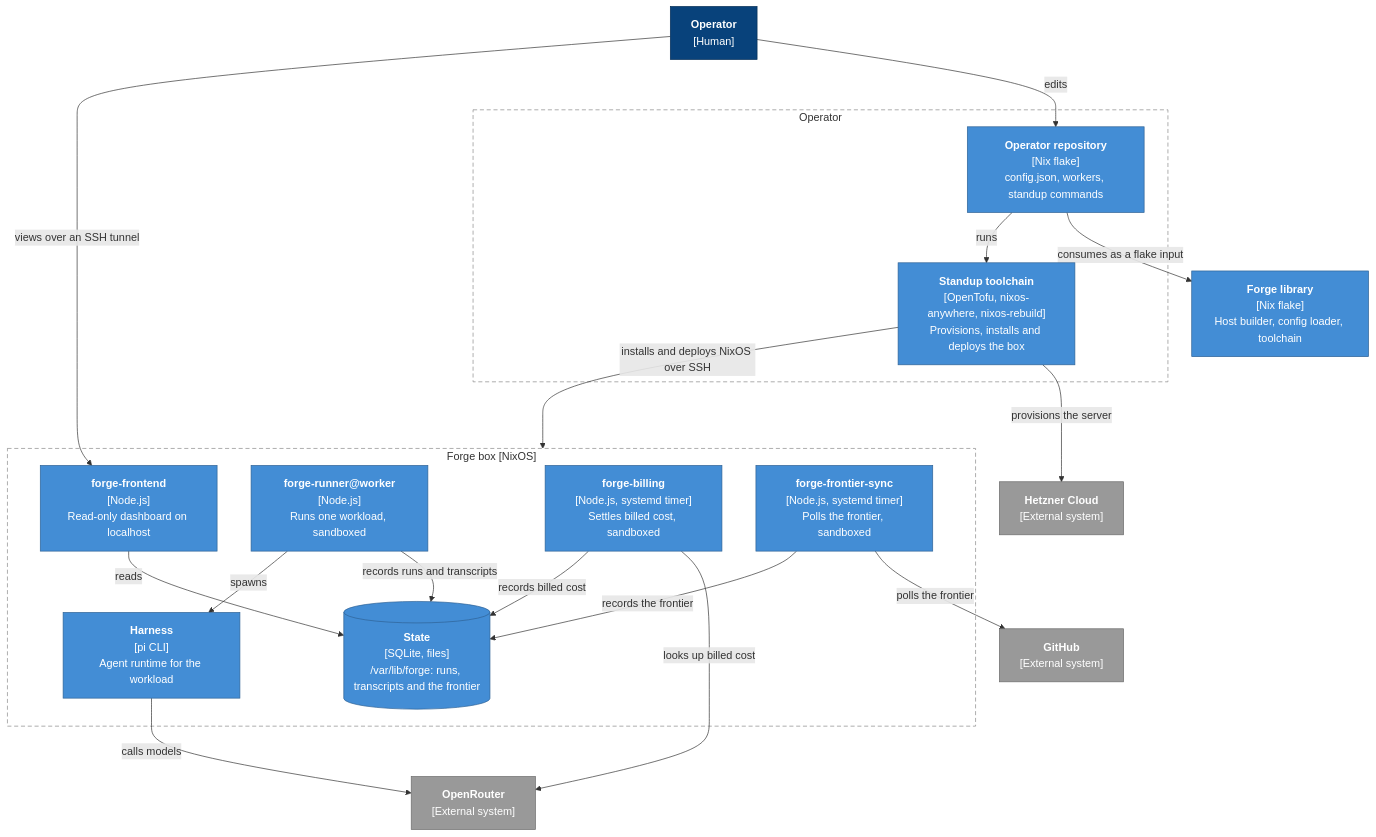
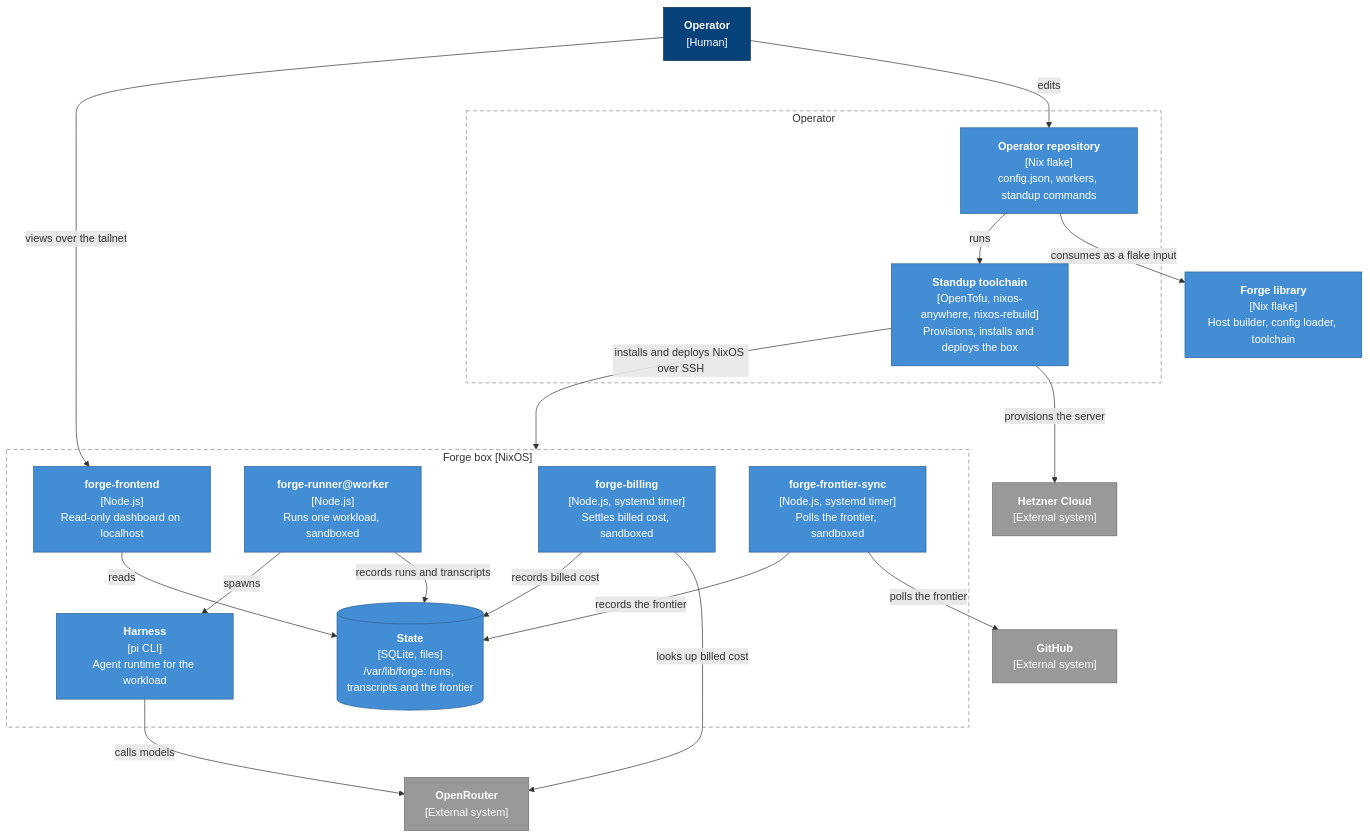
The second of 3 diagrams in README.md (rameezk/forge), drawn with Mermaid before and after one commit. The commit also changed other lines of this file and 6 other files, not shown here.

````diff
--- a/README.md
+++ b/README.md
@@ -49,47 +49,47 @@
 ```mermaid
 flowchart TB
     operator["<b>Operator</b><br/>[Human]"]
 
     subgraph workstation["Operator"]
         oprepo["<b>Operator repository</b><br/>[Nix flake]<br/>config.json, workers, standup commands"]
         toolchain["<b>Standup toolchain</b><br/>[OpenTofu, nixos-anywhere, nixos-rebuild]<br/>Provisions, installs and deploys the box"]
     end
 
     subgraph box["Forge box [NixOS]"]
         frontend["<b>forge-frontend</b><br/>[Node.js]<br/>Read-only dashboard on localhost"]
         state[("<b>State</b><br/>[SQLite, files]<br/>/var/lib/forge: runs, transcripts and the frontier")]
         runner["<b>forge-runner@worker</b><br/>[Node.js]<br/>Runs one workload, sandboxed"]
         harness["<b>Harness</b><br/>[pi CLI]<br/>Agent runtime for the workload"]
         billing["<b>forge-billing</b><br/>[Node.js, systemd timer]<br/>Settles billed cost, sandboxed"]
         frontier["<b>forge-frontier-sync</b><br/>[Node.js, systemd timer]<br/>Polls the frontier, sandboxed"]
     end
 
     library["<b>Forge library</b><br/>[Nix flake]<br/>Host builder, config loader, toolchain"]
     hetzner["<b>Hetzner Cloud</b><br/>[External system]"]
     openrouter["<b>OpenRouter</b><br/>[External system]"]
     github["<b>GitHub</b><br/>[External system]"]
 
     operator -- "edits" --> oprepo
-    operator -- "views over an SSH tunnel" --> frontend
+    operator -- "views over the tailnet" --> frontend
     oprepo -- "consumes as a flake input" --> library
     oprepo -- "runs" --> toolchain
     toolchain -- "provisions the server" --> hetzner
     toolchain -- "installs and deploys NixOS over SSH" --> box
     frontend -- "reads" --> state
     runner -- "records runs and transcripts" --> state
     runner -- "spawns" --> harness
     harness -- "calls models" --> openrouter
     billing -- "looks up billed cost" --> openrouter
     billing -- "records billed cost" --> state
     frontier -- "polls the frontier" --> github
     frontier -- "records the frontier" --> state
 
     classDef person fill:#08427b,stroke:#052e56,color:#fff
     classDef container fill:#438dd5,stroke:#2e6295,color:#fff
     classDef external fill:#999999,stroke:#6b6b6b,color:#fff
     classDef boundary fill:none,stroke:#888888,stroke-dasharray:6 4
     class operator person
     class oprepo,toolchain,library,runner,harness,billing,frontier,frontend,state container
     class hetzner,openrouter,github external
     class workstation,box boundary
 ```
````
